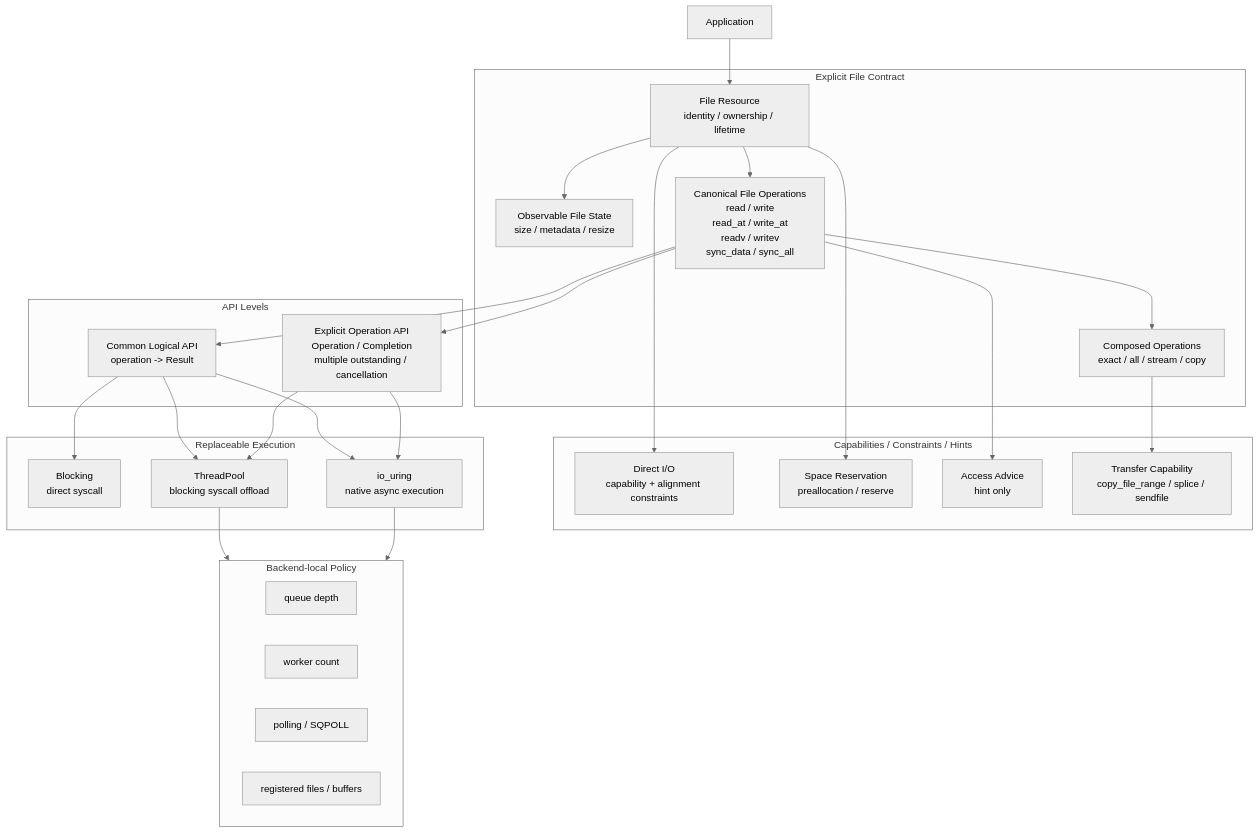
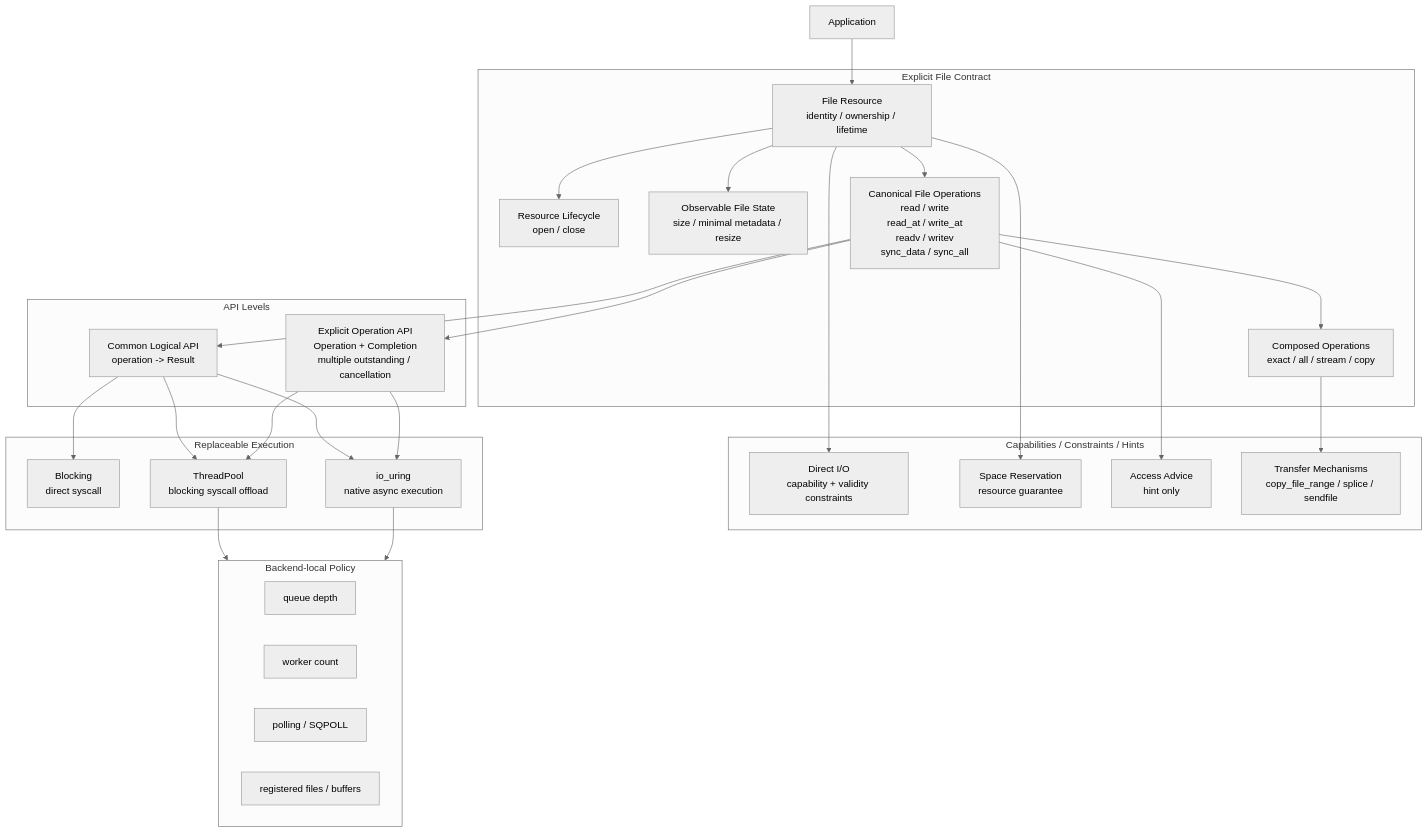
One commit to jnhu76/Sluice changed the diagram in docs/adr/0002-explicit-file-api-architecture.md. Above: the diagram before and after it, drawn with Mermaid (neutral theme). The commit also changed other lines of this file, not shown here.

Commit message:
docs: tighten explicit File API semantics

````diff
--- a/docs/adr/0002-explicit-file-api-architecture.md
+++ b/docs/adr/0002-explicit-file-api-architecture.md
@@ -58,59 +82,61 @@
 ```mermaid
 flowchart TD
     APP["Application"]
 
     subgraph CONTRACT["Explicit File Contract"]
         FILE["File Resource<br/>identity / ownership / lifetime"]
-        STATE["Observable File State<br/>size / metadata / resize"]
+        OPEN["Resource Lifecycle<br/>open / close"]
+        STATE["Observable File State<br/>size / minimal metadata / resize"]
         OP["Canonical File Operations<br/>read / write<br/>read_at / write_at<br/>readv / writev<br/>sync_data / sync_all"]
         COMPOSE["Composed Operations<br/>exact / all / stream / copy"]
     end
 
     subgraph CAPS["Capabilities / Constraints / Hints"]
-        DIRECT["Direct I/O<br/>capability + alignment constraints"]
-        SPACE["Space Reservation<br/>preallocation / reserve"]
+        DIRECT["Direct I/O<br/>capability + validity constraints"]
+        SPACE["Space Reservation<br/>resource guarantee"]
         ADVICE["Access Advice<br/>hint only"]
-        COPYCAP["Transfer Capability<br/>copy_file_range / splice / sendfile"]
+        COPYCAP["Transfer Mechanisms<br/>copy_file_range / splice / sendfile"]
     end
 
     subgraph API["API Levels"]
         COMMON["Common Logical API<br/>operation -> Result"]
-        LOW["Explicit Operation API<br/>Operation / Completion<br/>multiple outstanding / cancellation"]
+        LOW["Explicit Operation API<br/>Operation + Completion<br/>multiple outstanding / cancellation"]
     end
 
     subgraph EXEC["Replaceable Execution"]
         BLOCK["Blocking<br/>direct syscall"]
         POOL["ThreadPool<br/>blocking syscall offload"]
         URING["io_uring<br/>native async execution"]
     end
 
     subgraph POLICY["Backend-local Policy"]
         QD["queue depth"]
         WORKERS["worker count"]
         POLLING["polling / SQPOLL"]
         REGISTERED["registered files / buffers"]
     end
 
     APP --> FILE
+    FILE --> OPEN
     FILE --> STATE
     FILE --> OP
     OP --> COMPOSE
 
     FILE --> DIRECT
     FILE --> SPACE
     OP --> ADVICE
     COMPOSE --> COPYCAP
 
     OP --> COMMON
     OP --> LOW
 
     COMMON --> BLOCK
     COMMON --> POOL
     COMMON --> URING
 
     LOW --> POOL
     LOW --> URING
 
     POOL --> POLICY
     URING --> POLICY
 ```
````
